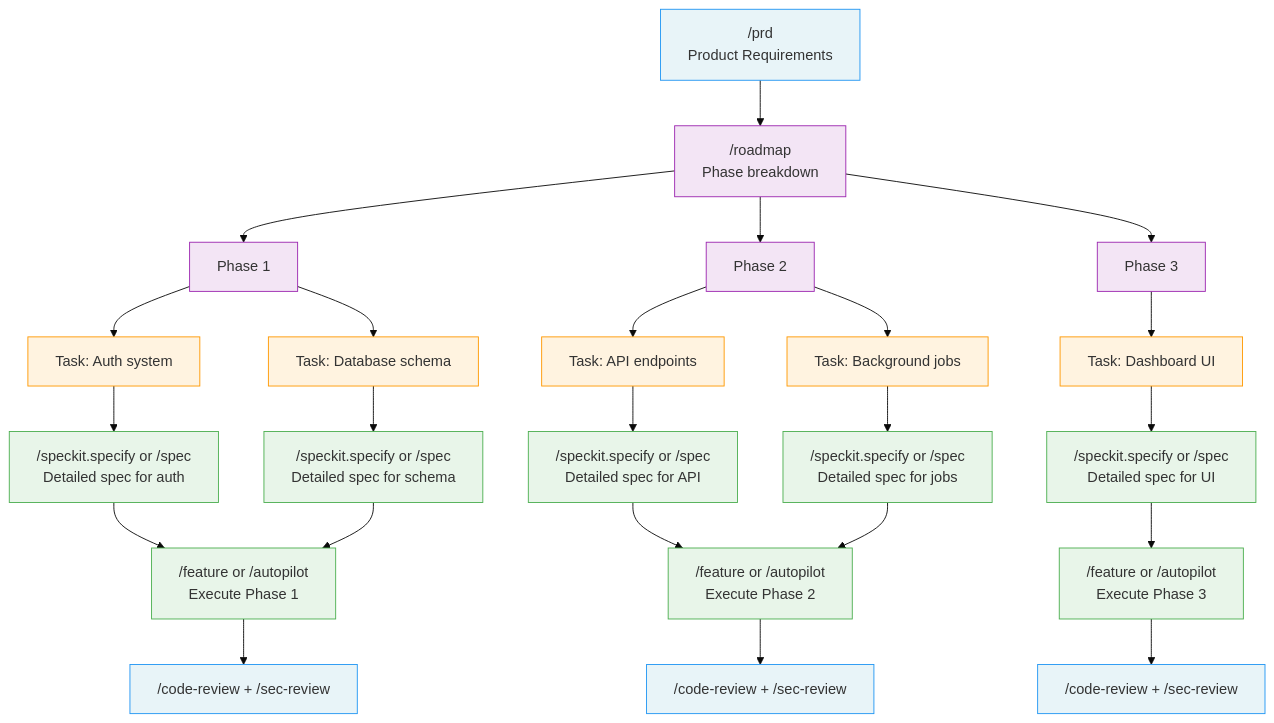
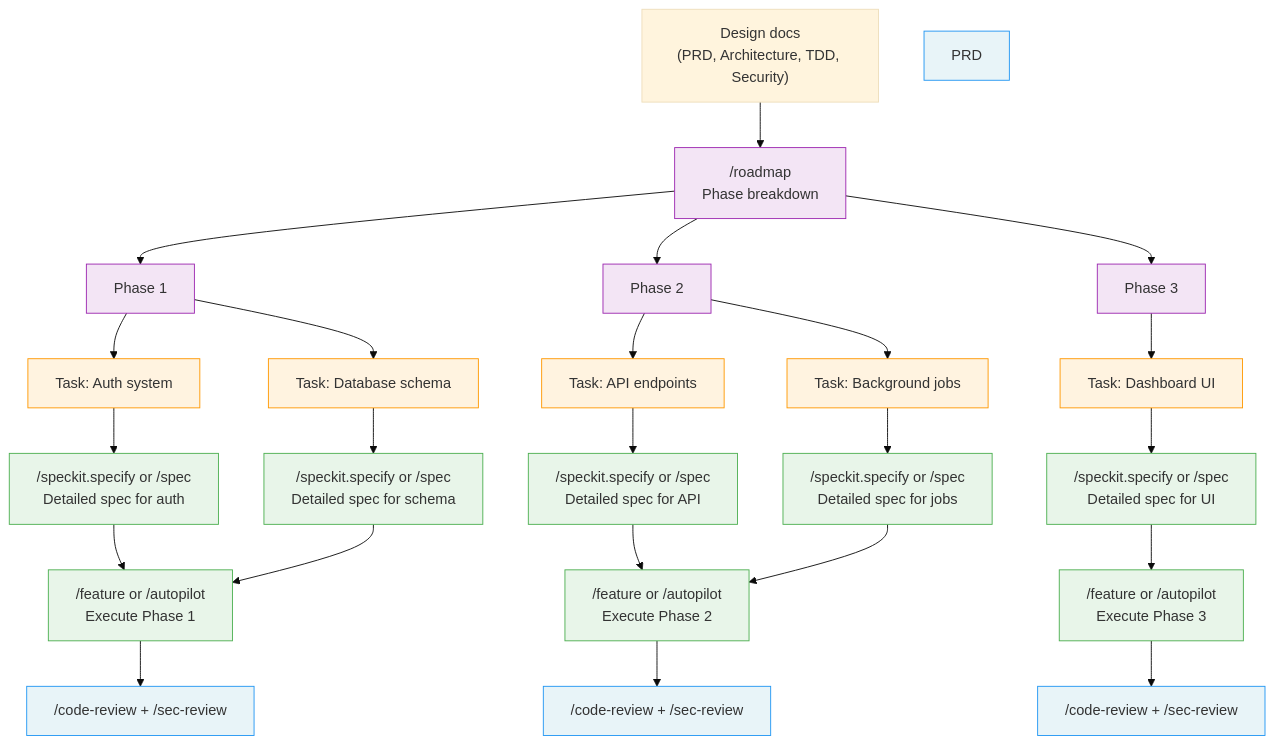
Before and after one commit to 0xrafasec/ai-workflow: the fourth of 5 diagrams in docs/speckit-integration.md, drawn with Mermaid (base theme). The commit also changed other lines of this file and 1 other file, not shown here.

First line of the commit message:
fix: roadmap reads all design docs including threat model

````diff
--- a/docs/speckit-integration.md
+++ b/docs/speckit-integration.md
@@ -269,54 +270,54 @@
 ```mermaid
 flowchart TD
-    PRD["/prd<br/>Product Requirements"] --> ROAD["/roadmap<br/>Phase breakdown"]
+    DOCS["Design docs<br/>(PRD, Architecture, TDD, Security)"] --> ROAD["/roadmap<br/>Phase breakdown"]
 
     ROAD --> P1["Phase 1"]
     ROAD --> P2["Phase 2"]
     ROAD --> P3["Phase 3"]
 
     P1 --> T1A["Task: Auth system"]
     P1 --> T1B["Task: Database schema"]
 
     P2 --> T2A["Task: API endpoints"]
     P2 --> T2B["Task: Background jobs"]
 
     P3 --> T3A["Task: Dashboard UI"]
 
     T1A --> S1A["/speckit.specify or /spec<br/>Detailed spec for auth"]
     T1B --> S1B["/speckit.specify or /spec<br/>Detailed spec for schema"]
     T2A --> S2A["/speckit.specify or /spec<br/>Detailed spec for API"]
     T2B --> S2B["/speckit.specify or /spec<br/>Detailed spec for jobs"]
     T3A --> S3A["/speckit.specify or /spec<br/>Detailed spec for UI"]
 
     S1A --> E1["/feature or /autopilot<br/>Execute Phase 1"]
     S1B --> E1
     S2A --> E2["/feature or /autopilot<br/>Execute Phase 2"]
     S2B --> E2
     S3A --> E3["/feature or /autopilot<br/>Execute Phase 3"]
 
     E1 --> R1["/code-review + /sec-review"]
     E2 --> R2["/code-review + /sec-review"]
     E3 --> R3["/code-review + /sec-review"]
 
     style PRD fill:#e8f4f8,stroke:#2196F3
     style ROAD fill:#f3e5f5,stroke:#9C27B0
     style P1 fill:#f3e5f5,stroke:#9C27B0
     style P2 fill:#f3e5f5,stroke:#9C27B0
     style P3 fill:#f3e5f5,stroke:#9C27B0
     style T1A fill:#fff3e0,stroke:#FF9800
     style T1B fill:#fff3e0,stroke:#FF9800
     style T2A fill:#fff3e0,stroke:#FF9800
     style T2B fill:#fff3e0,stroke:#FF9800
     style T3A fill:#fff3e0,stroke:#FF9800
     style S1A fill:#e8f5e9,stroke:#4CAF50
     style S1B fill:#e8f5e9,stroke:#4CAF50
     style S2A fill:#e8f5e9,stroke:#4CAF50
     style S2B fill:#e8f5e9,stroke:#4CAF50
     style S3A fill:#e8f5e9,stroke:#4CAF50
     style E1 fill:#e8f5e9,stroke:#4CAF50
     style E2 fill:#e8f5e9,stroke:#4CAF50
     style E3 fill:#e8f5e9,stroke:#4CAF50
     style R1 fill:#e8f4f8,stroke:#2196F3
     style R2 fill:#e8f4f8,stroke:#2196F3
     style R3 fill:#e8f4f8,stroke:#2196F3
 ```
````
